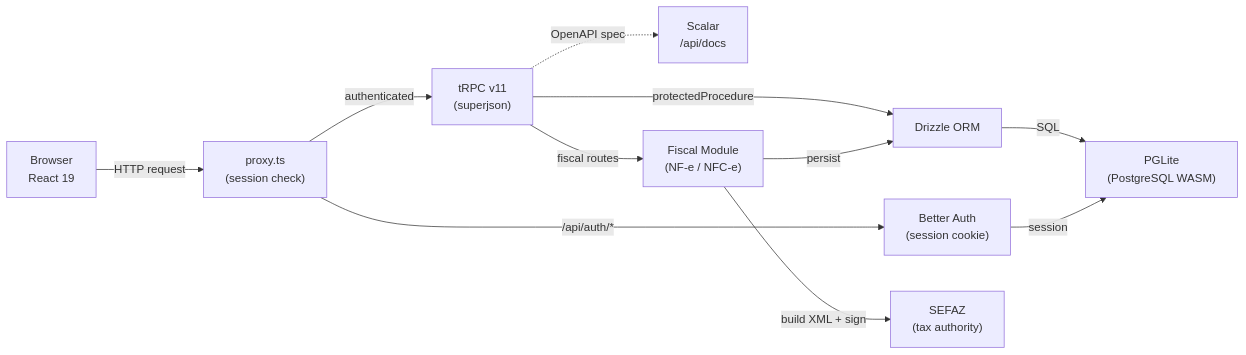
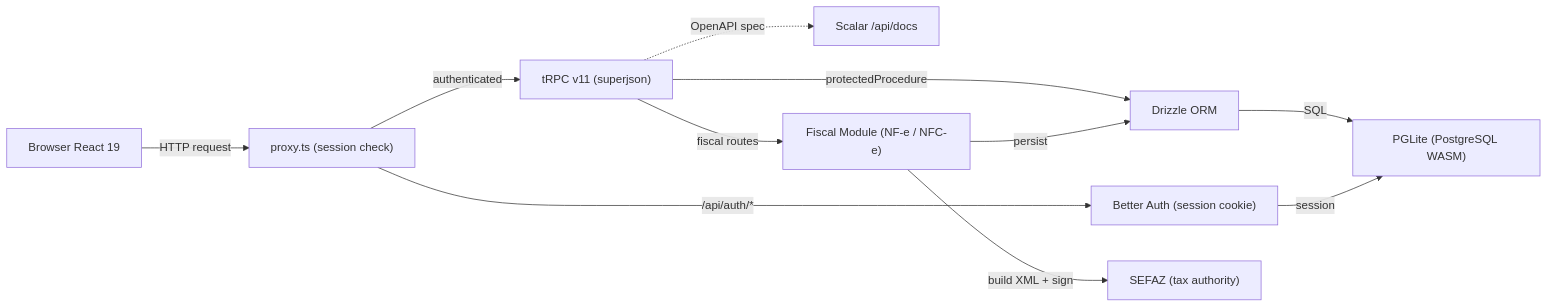
Before and after one commit to JoaoHenriqueBarbosa/FinOpenPOS: the first of 6 diagrams in README.md, drawn with Mermaid. The commit also changed other lines of this file and 4 other files, not shown here.

````diff
--- a/README.md
+++ b/README.md
@@ -57,23 +57,23 @@
 ```mermaid
 flowchart LR
-  Browser["Browser\nReact 19"]
-  Proxy["proxy.ts\n(session check)"]
-  tRPC["tRPC v11\n(superjson)"]
-  Auth["Better Auth\n(session cookie)"]
+  Browser["Browser React 19"]
+  Proxy["proxy.ts (session check)"]
+  tRPC["tRPC v11 (superjson)"]
+  Auth["Better Auth (session cookie)"]
   Drizzle["Drizzle ORM"]
-  PGLite["PGLite\n(PostgreSQL WASM)"]
-  Scalar["Scalar\n/api/docs"]
-  Fiscal["Fiscal Module\n(NF-e / NFC-e)"]
-  SEFAZ["SEFAZ\n(tax authority)"]
+  PGLite["PGLite (PostgreSQL WASM)"]
+  Scalar["Scalar /api/docs"]
+  Fiscal["Fiscal Module (NF-e / NFC-e)"]
+  SEFAZ["SEFAZ (tax authority)"]
 
   Browser -->|HTTP request| Proxy
   Proxy -->|authenticated| tRPC
   Proxy -->|/api/auth/*| Auth
   tRPC -->|protectedProcedure| Drizzle
   tRPC -->|fiscal routes| Fiscal
   Drizzle -->|SQL| PGLite
   tRPC -.->|OpenAPI spec| Scalar
   Auth -->|session| PGLite
   Fiscal -->|build XML + sign| SEFAZ
   Fiscal -->|persist| Drizzle
 ```
````
